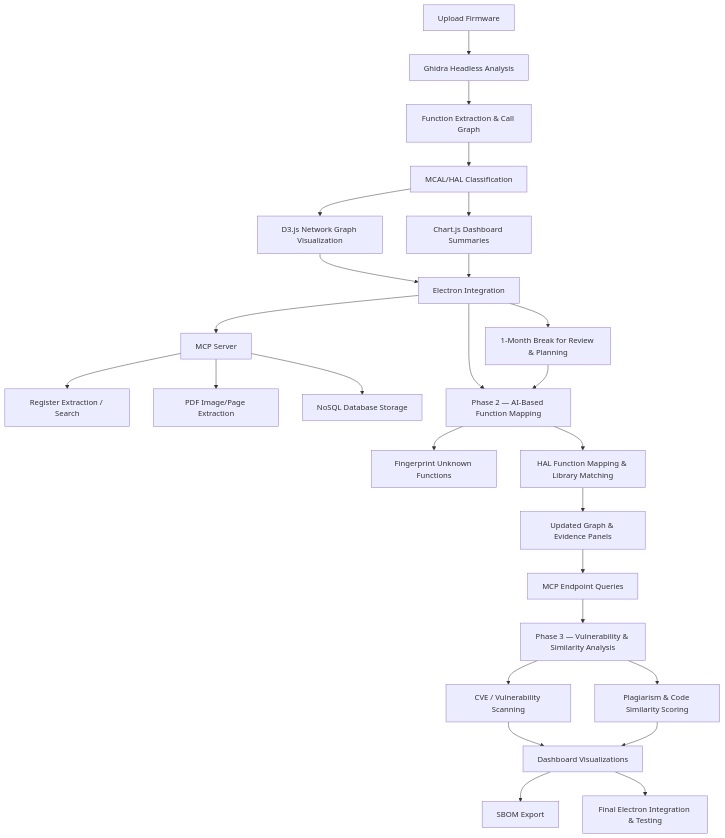
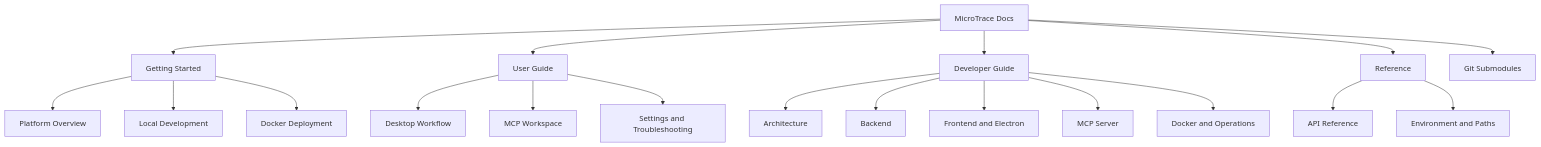
One commit to omarsawaf1/MicroTrace-Docs changed the diagram in docs/index.md. Above: the diagram before and after it, drawn with Mermaid. The commit also changed other lines of this file and 24 other files, not shown here.

First line of the commit message:
Add comprehensive documentation for MicroTrace

````diff
--- a/docs/index.md
+++ b/docs/index.md
@@ -151,35 +23,25 @@
 ```mermaid
 flowchart TD
-    A[Upload Firmware] --> B[Ghidra Headless Analysis]
-    B --> C[Function Extraction & Call Graph]
-    C --> D[MCAL/HAL Classification]
-    D --> E[D3.js Network Graph Visualization]
-    D --> F[Chart.js Dashboard Summaries]
-    E --> G[Electron Integration]
-    F --> G
+    A[MicroTrace Docs] --> B[Getting Started]
+    A --> C[User Guide]
+    A --> D[Developer Guide]
+    A --> E[Reference]
+    A --> F[Git Submodules]
 
-    G --> H[MCP Server]
-    H --> I[Register Extraction / Search]
-    H --> J[PDF Image/Page Extraction]
-    H --> K[NoSQL Database Storage]
+    B --> B1[Platform Overview]
+    B --> B2[Local Development]
+    B --> B3[Docker Deployment]
 
-    %% Phase 2
-    G --> L[Phase 2 — AI-Based Function Mapping]
-    L --> M[Fingerprint Unknown Functions]
-    L --> N[HAL Function Mapping & Library Matching]
-    N --> O[Updated Graph & Evidence Panels]
-    O --> P[MCP Endpoint Queries]
+    C --> C1[Desktop Workflow]
+    C --> C2[MCP Workspace]
+    C --> C3[Settings and Troubleshooting]
 
-    %% Phase 3
-    P --> Q[Phase 3 — Vulnerability & Similarity Analysis]
-    Q --> R[CVE / Vulnerability Scanning]
-    Q --> S[Plagiarism & Code Similarity Scoring]
-    R --> T[Dashboard Visualizations]
-    S --> T
-    T --> U[SBOM Export]
-    T --> V[Final Electron Integration & Testing]
+    D --> D1[Architecture]
+    D --> D2[Backend]
+    D --> D3[Frontend and Electron]
+    D --> D4[MCP Server]
+    D --> D5[Docker and Operations]
 
-    %% Optional: Break after Phase 1
-    G --> W[1-Month Break for Review & Planning]
-    W --> L
+    E --> E1[API Reference]
+    E --> E2[Environment and Paths]
 ```
````
